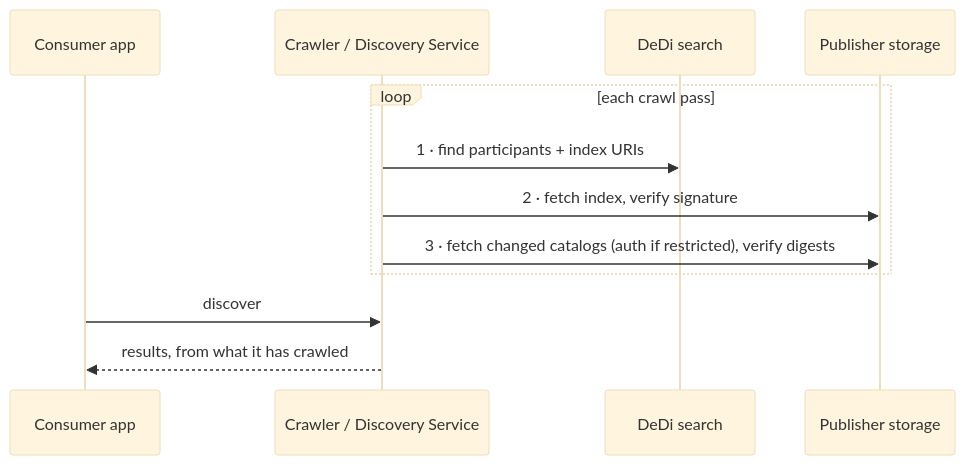
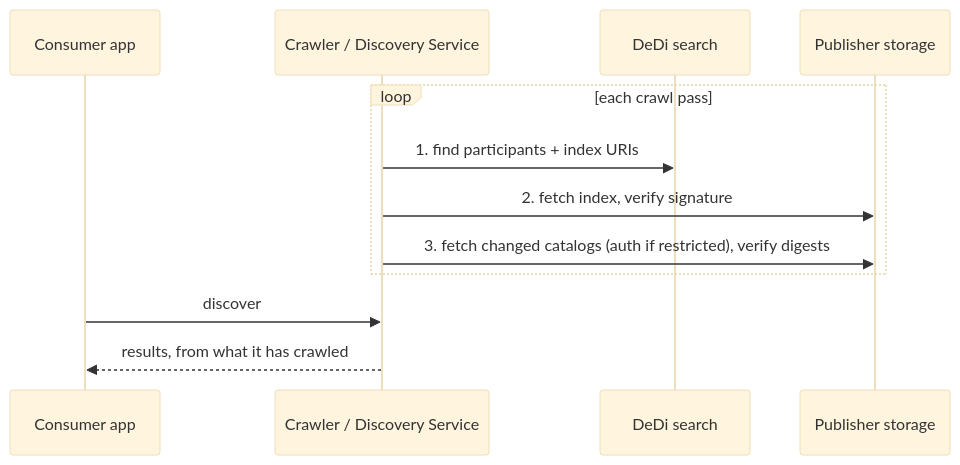
Before and after one commit to beckn/beckn-discovr: the third of 5 diagrams in docs/decentralized-catalog/decentralized-catalog-design-and-spec.md, drawn with Mermaid (base theme). The commit also changed other lines of this file, not shown here.

First line of the commit message:
docs(decentralized-catalog): fix list formatting, drop §/·/→ symbols, show networkIds in index example

````diff
--- a/docs/decentralized-catalog/decentralized-catalog-design-and-spec.md
+++ b/docs/decentralized-catalog/decentralized-catalog-design-and-spec.md
@@ -158,14 +168,14 @@
 ```mermaid
 sequenceDiagram
   participant U as Consumer app
   participant C as Crawler / Discovery Service
   participant D as DeDi search
   participant S as Publisher storage
   loop each crawl pass
-    C->>D: 1 · find participants + index URIs
-    C->>S: 2 · fetch index, verify signature
-    C->>S: 3 · fetch changed catalogs (auth if restricted), verify digests
+    C->>D: 1. find participants + index URIs
+    C->>S: 2. fetch index, verify signature
+    C->>S: 3. fetch changed catalogs (auth if restricted), verify digests
   end
   U->>C: discover
   C-->>U: results, from what it has crawled
 ```
````
